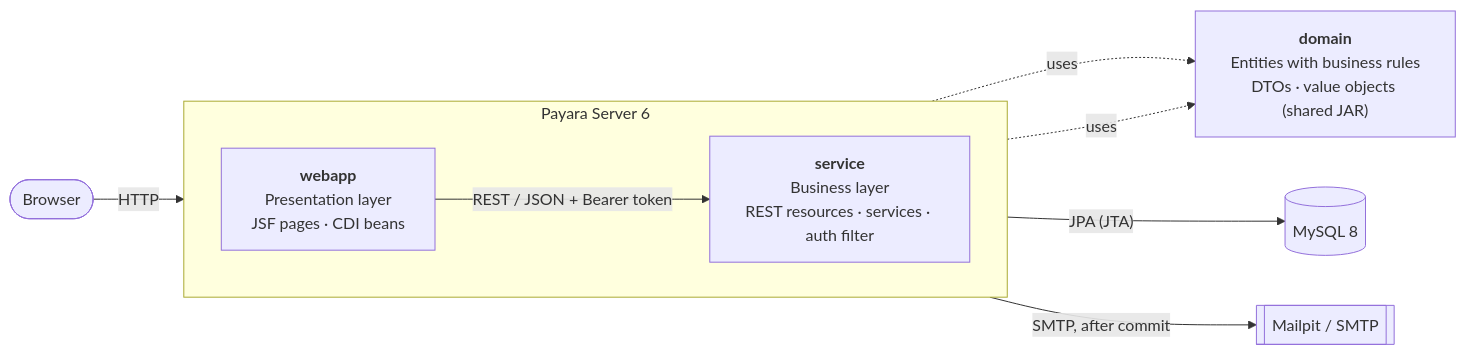
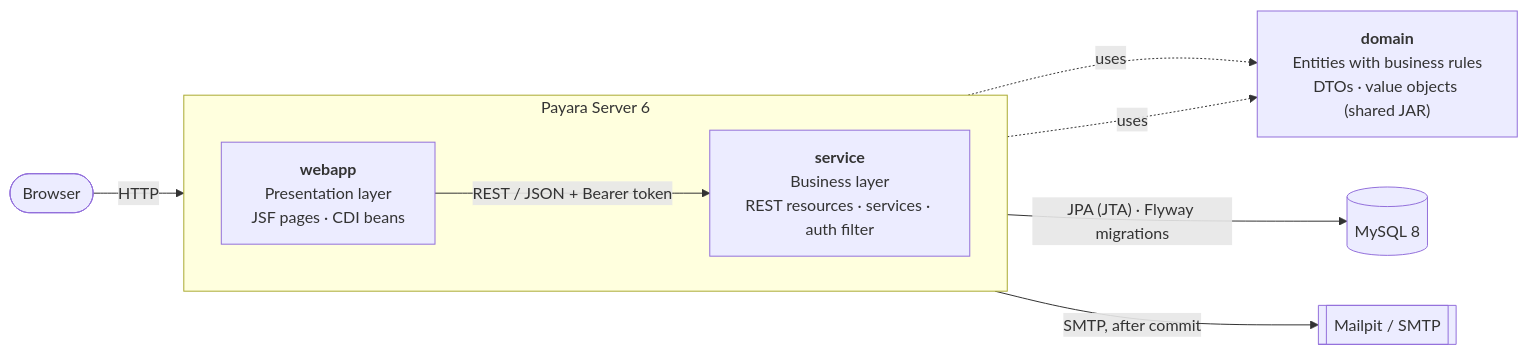
Before and after one commit to embarky/LuxuryCarRental: the first of 2 diagrams in README.md, drawn with Mermaid. The commit also changed other lines of this file and 15 other files, not shown here.

````diff
--- a/README.md
+++ b/README.md
@@ -36,17 +42,17 @@
 ```mermaid
 flowchart LR
     U([Browser]) -->|HTTP| W
 
     subgraph Payara["Payara Server 6"]
         direction LR
         W["<b>webapp</b><br/>Presentation layer<br/>JSF pages · CDI beans"]
         S["<b>service</b><br/>Business layer<br/>REST resources · services · auth filter"]
         W -->|"REST / JSON + Bearer token"| S
     end
 
     D["<b>domain</b><br/>Entities with business rules<br/>DTOs · value objects (shared JAR)"]
     W -. uses .-> D
     S -. uses .-> D
-    S -->|"JPA (JTA)"| DB[(MySQL 8)]
+    S -->|"JPA (JTA) · Flyway migrations"| DB[(MySQL 8)]
     S -->|"SMTP, after commit"| M[[Mailpit / SMTP]]
 ```
````
